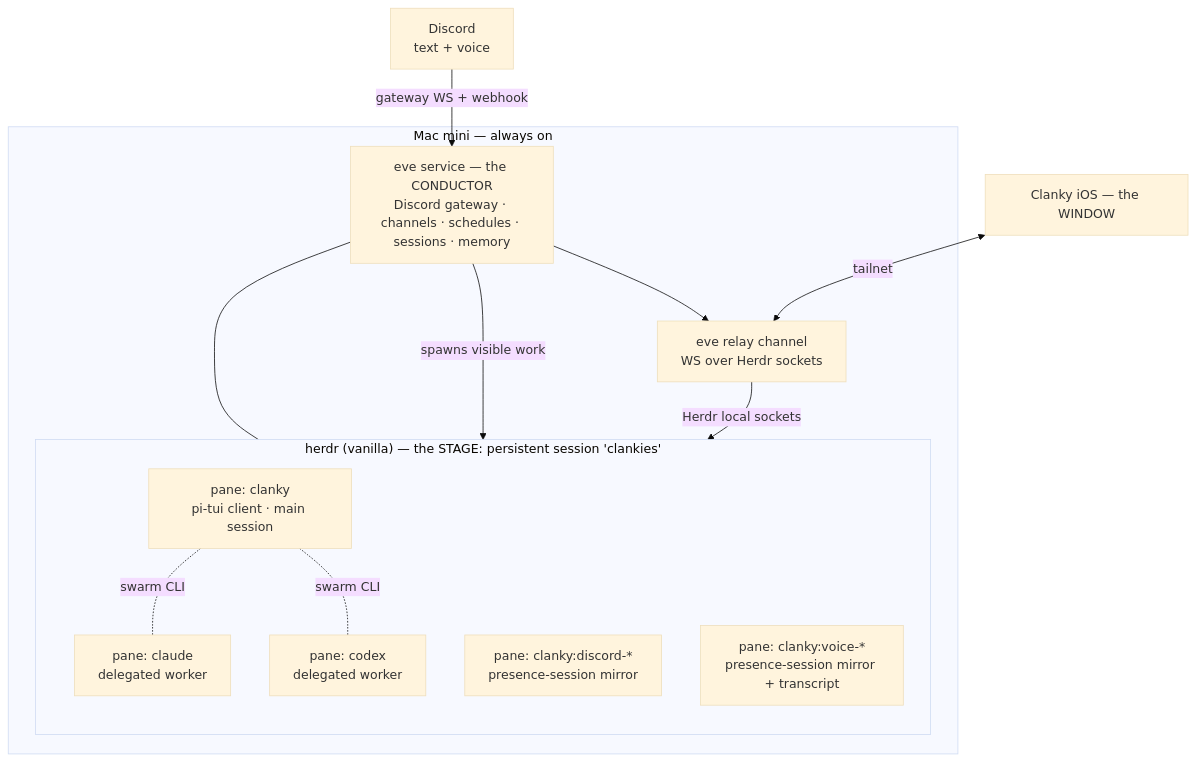
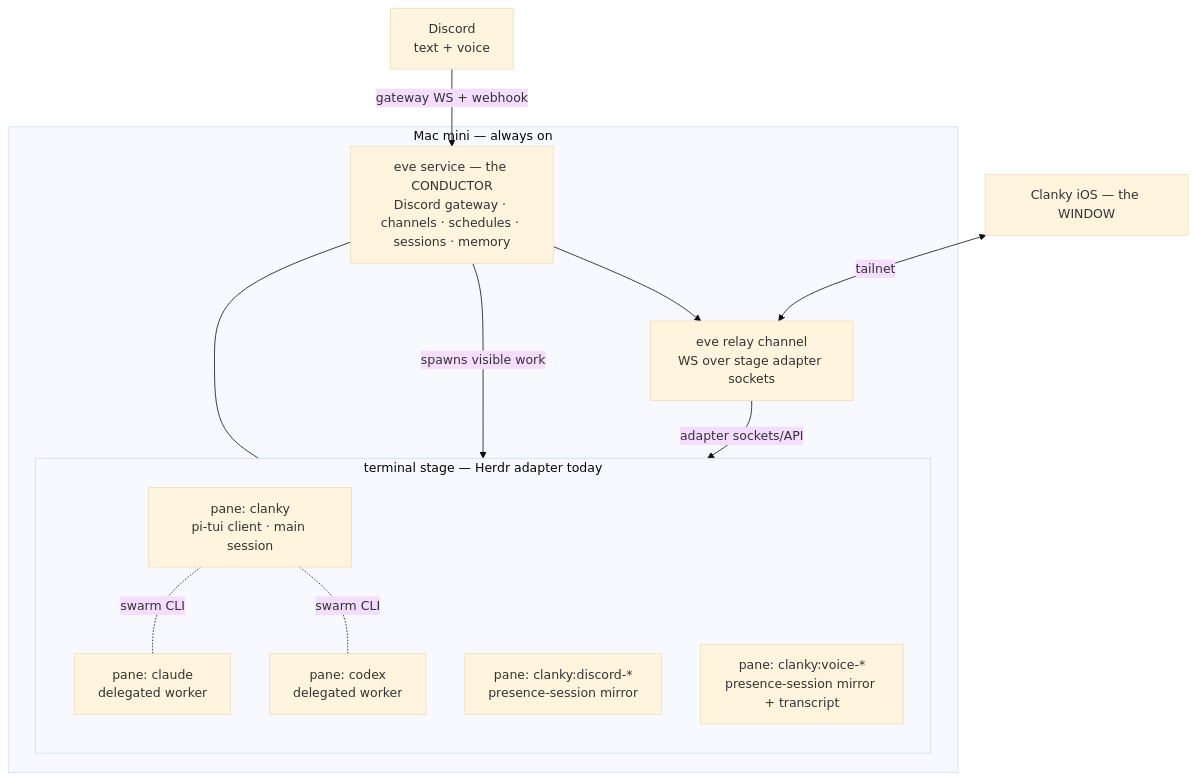
The first of 3 diagrams in SPEC.md (Volpestyle/clanky), drawn with Mermaid (base theme) before and after one commit. The commit also changed other lines of this file and 14 other files, not shown here.

````diff
--- a/SPEC.md
+++ b/SPEC.md
@@ -59,28 +63,28 @@
 ```mermaid
 flowchart TB
   subgraph mac["Mac mini — always on"]
-    subgraph herdr["herdr (vanilla) — the STAGE: persistent session 'clankies'"]
+    subgraph stage["terminal stage — Herdr adapter today"]
       direction TB
       face["pane: clanky<br/>pi-tui client · main session"]
       disc["pane: clanky:discord-*<br/>presence-session mirror"]
       voice["pane: clanky:voice-*<br/>presence-session mirror + transcript"]
       w1["pane: claude<br/>delegated worker"]
       w2["pane: codex<br/>delegated worker"]
     end
     eve["eve service — the CONDUCTOR<br/>Discord gateway · channels · schedules · sessions · memory"]
-    relay["eve relay channel<br/>WS over Herdr sockets"]
+    relay["eve relay channel<br/>WS over stage adapter sockets"]
   end
 
   phone["Clanky iOS — the WINDOW"]
   discord["Discord<br/>text + voice"]
 
   discord -->|gateway WS + webhook| eve
-  eve -->|spawns visible work| herdr
+  eve -->|spawns visible work| stage
   eve --- face
   eve --> relay
-  relay -->|Herdr local sockets| herdr
+  relay -->|adapter sockets/API| stage
   phone <-->|tailnet| relay
 
   face -. swarm CLI .- w1
   face -. swarm CLI .- w2
 ```
````
